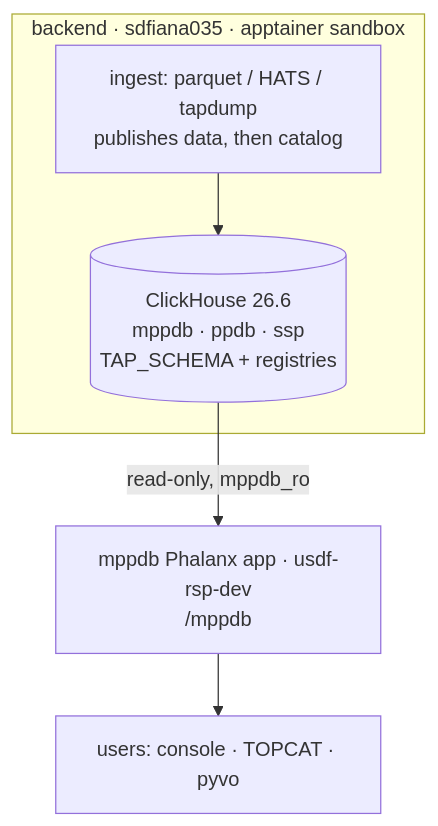
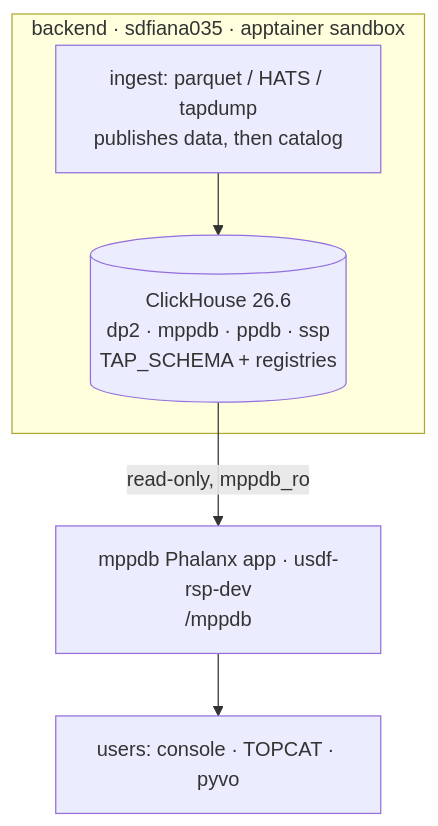
One commit to lsst-dm/dmtn-354 changed the diagram in index.md. Above: the diagram before and after it, drawn with Mermaid. The commit also changed other lines of this file, not shown here.

````diff
--- a/index.md
+++ b/index.md
@@ -190,12 +194,12 @@
 ```{mermaid}
 flowchart TB
   subgraph BACKEND["backend · sdfiana035 · apptainer sandbox"]
     ING["ingest: parquet / HATS / tapdump<br/>publishes data, then catalog"]
-    CH[("ClickHouse 26.6<br/>mppdb · ppdb · ssp<br/>TAP_SCHEMA + registries")]
+    CH[("ClickHouse 26.6<br/>dp2 · mppdb · ppdb · ssp<br/>TAP_SCHEMA + registries")]
     ING --> CH
   end
   SVC["mppdb Phalanx app · usdf-rsp-dev<br/>/mppdb"]
   U["users: console · TOPCAT · pyvo"]
   CH -- "read-only, mppdb_ro" --> SVC
   SVC --> U
 ```
````
